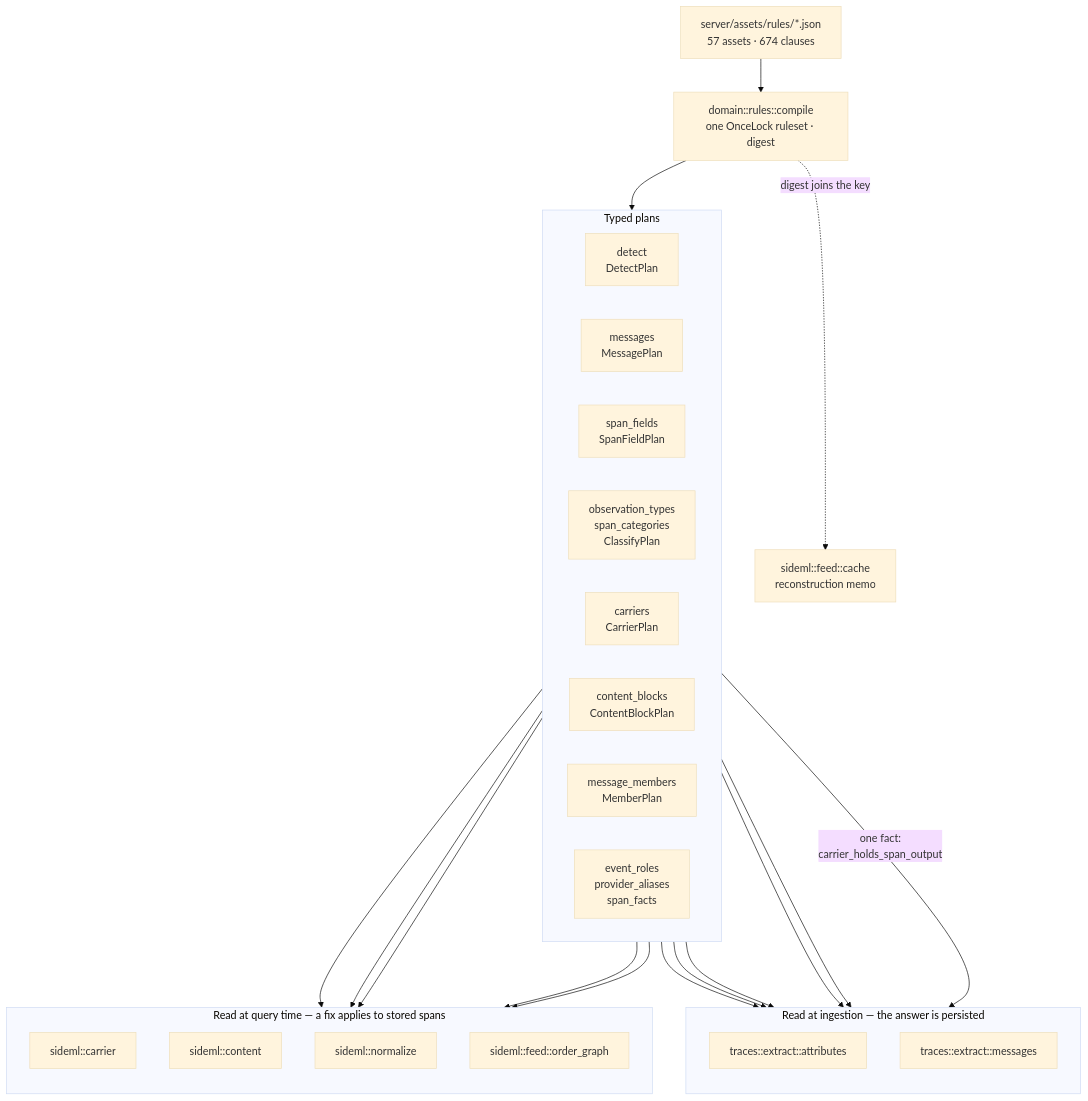
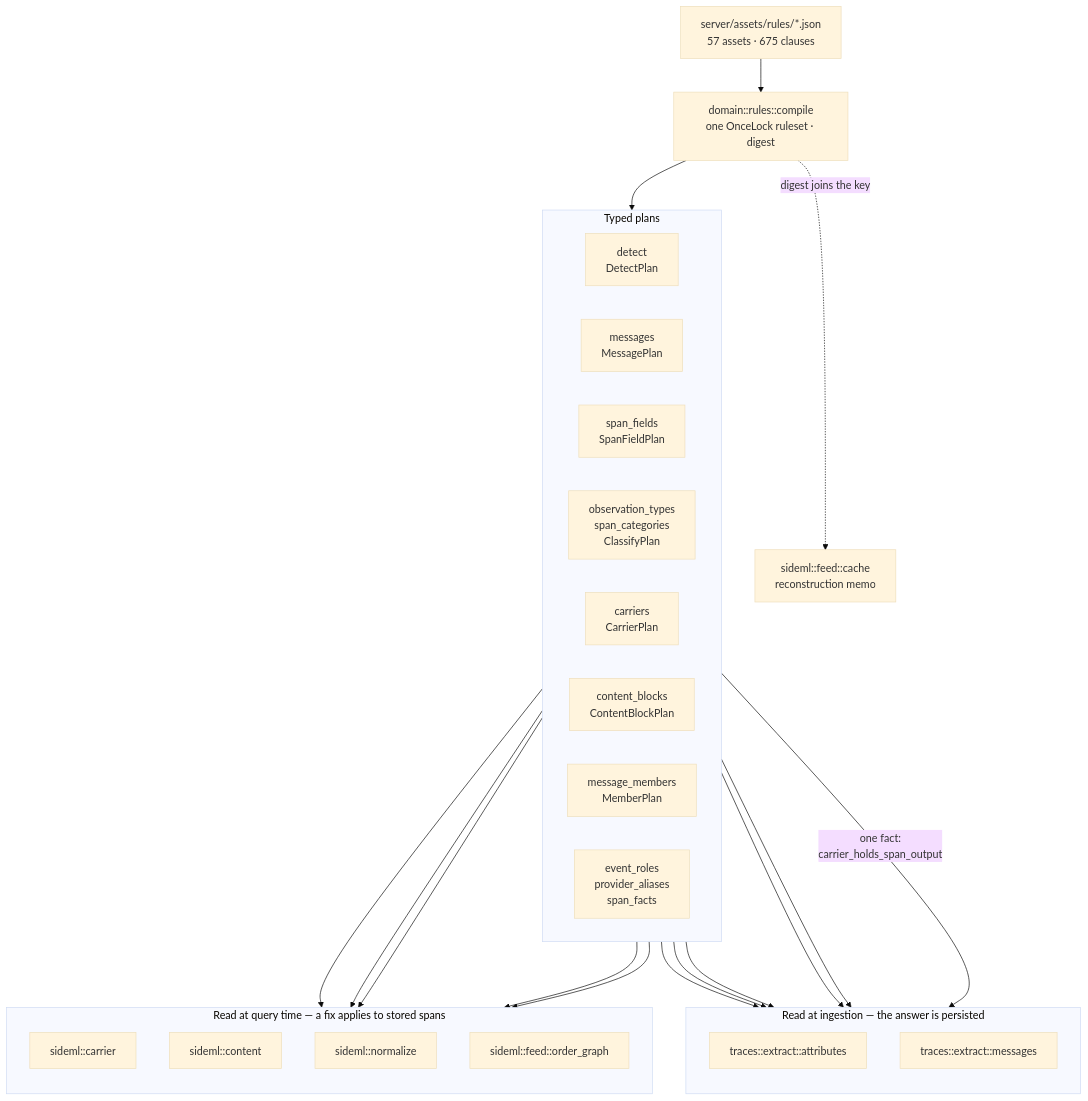
The first of 7 diagrams in docs/engineering/architecture-diagrams.md (sideseat/sideseat), drawn with Mermaid (base theme) before and after one commit. The commit also changed 22 other files, not shown here.

````diff
--- a/docs/engineering/architecture-diagrams.md
+++ b/docs/engineering/architecture-diagrams.md
@@ -18,47 +18,47 @@
 ```mermaid
 flowchart TB
-    assets["server/assets/rules/*.json<br/>57 assets · 674 clauses"]
+    assets["server/assets/rules/*.json<br/>57 assets · 675 clauses"]
     compile["domain::rules::compile<br/>one OnceLock ruleset · digest"]
     assets --> compile
 
     subgraph plans["Typed plans"]
         direction LR
         detect["detect<br/>DetectPlan"]
         messages["messages<br/>MessagePlan"]
         fields["span_fields<br/>SpanFieldPlan"]
         classify["observation_types<br/>span_categories<br/>ClassifyPlan"]
         carriers["carriers<br/>CarrierPlan"]
         blocks["content_blocks<br/>ContentBlockPlan"]
         members["message_members<br/>MemberPlan"]
         roles["event_roles<br/>provider_aliases<br/>span_facts"]
     end
     compile --> plans
 
     subgraph ingest["Read at ingestion — the answer is persisted"]
         direction TB
         attrs["traces::extract::attributes"]
         msgs["traces::extract::messages"]
     end
 
     subgraph query["Read at query time — a fix applies to stored spans"]
         direction TB
         carrier["sideml::carrier"]
         content["sideml::content"]
         normalize["sideml::normalize"]
         order["sideml::feed::order_graph"]
     end
 
     detect --> attrs
     fields --> attrs
     classify --> attrs
     roles --> attrs
     messages --> msgs
     carriers -->|"one fact:<br/>carrier_holds_span_output"| msgs
     carriers --> carrier
     carriers --> order
     blocks --> content
     members --> content
     roles --> normalize
 
     compile -. "digest joins the key" .-> cache["sideml::feed::cache<br/>reconstruction memo"]
 ```
````
